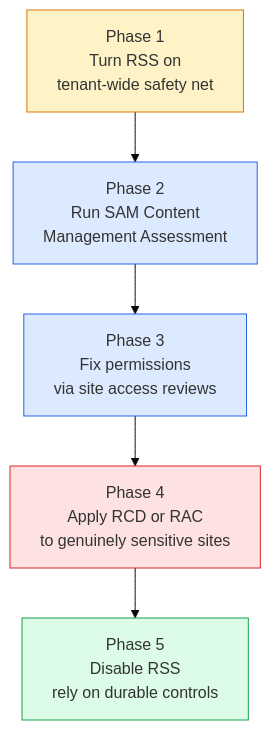
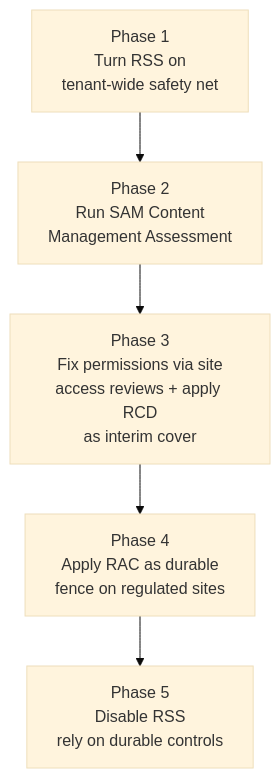
Before and after one commit to susanthgit/aguidetocloud-revamp: the diagram in content/blog/sharepoint-oversharing-controls-microsoft-365-copilot.md, drawn with Mermaid (base theme). The commit also changed other lines of this file, not shown here.

````diff
--- a/content/blog/sharepoint-oversharing-controls-microsoft-365-copilot.md
+++ b/content/blog/sharepoint-oversharing-controls-microsoft-365-copilot.md
@@ -419,12 +419,7 @@
 ```mermaid
 flowchart TD
     A[Phase 1<br/>Turn RSS on<br/>tenant-wide safety net] --> B[Phase 2<br/>Run SAM Content<br/>Management Assessment]
-    B --> C[Phase 3<br/>Fix permissions<br/>via site access reviews]
-    C --> D[Phase 4<br/>Apply RCD or RAC<br/>to genuinely sensitive sites]
+    B --> C[Phase 3<br/>Fix permissions via site<br/>access reviews + apply RCD<br/>as interim cover]
+    C --> D[Phase 4<br/>Apply RAC as durable<br/>fence on regulated sites]
     D --> E[Phase 5<br/>Disable RSS<br/>rely on durable controls]
-    style A fill:#fef3c7,stroke:#d97706
-    style B fill:#dbeafe,stroke:#2563eb
-    style C fill:#dbeafe,stroke:#2563eb
-    style D fill:#fee2e2,stroke:#dc2626
-    style E fill:#dcfce7,stroke:#16a34a
 ```
````
